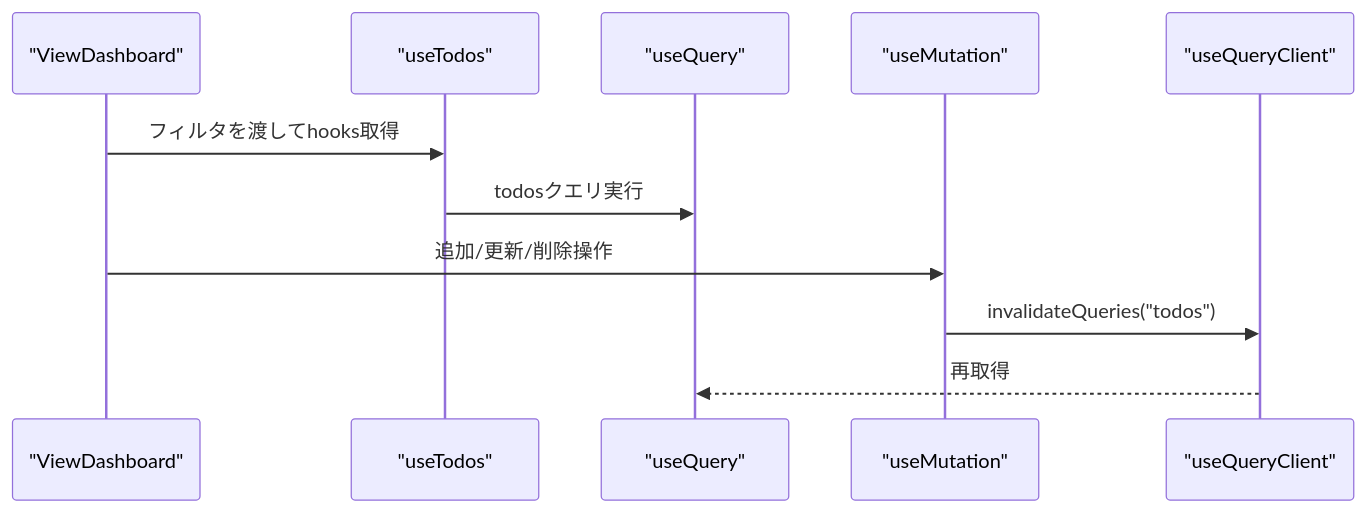
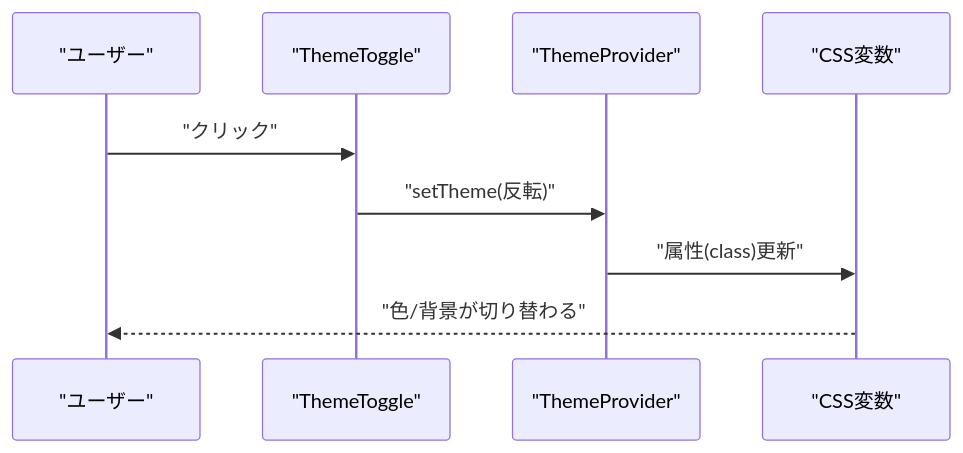
The sixth of 8 diagrams in .qoder/repowiki/ja/content/フロントエンドアーキテクチャ/フロントエンドアーキテクチャ.md (ss8806/Todos), drawn with Mermaid before and after one commit. The commit also changed other lines of this file and 106 other files, not shown here.

````diff
--- a/.qoder/repowiki/ja/content/フロントエンドアーキテクチャ/フロントエンドアーキテクチャ.md
+++ b/.qoder/repowiki/ja/content/フロントエンドアーキテクチャ/フロントエンドアーキテクチャ.md
@@ -283,13 +285,11 @@
 ```mermaid
 sequenceDiagram
-participant View as "ViewDashboard"
-participant Hook as "useTodos"
-participant Query as "useQuery"
-participant Mut as "useMutation"
-participant Client as "useQueryClient"
-View->>Hook : フィルタを渡してhooks取得
-Hook->>Query : todosクエリ実行
-View->>Mut : 追加/更新/削除操作
-Mut->>Client : invalidateQueries("todos")
-Client-->>Query : 再取得
+participant U as "ユーザー"
+participant TT as "ThemeToggle"
+participant TP as "ThemeProvider"
+participant CSS as "CSS変数"
+U->>TT : "クリック"
+TT->>TP : "setTheme(反転)"
+TP->>CSS : "属性(class)更新"
+CSS-->>U : "色/背景が切り替わる"
 ```
````
